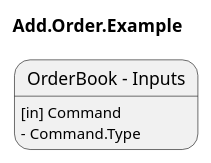
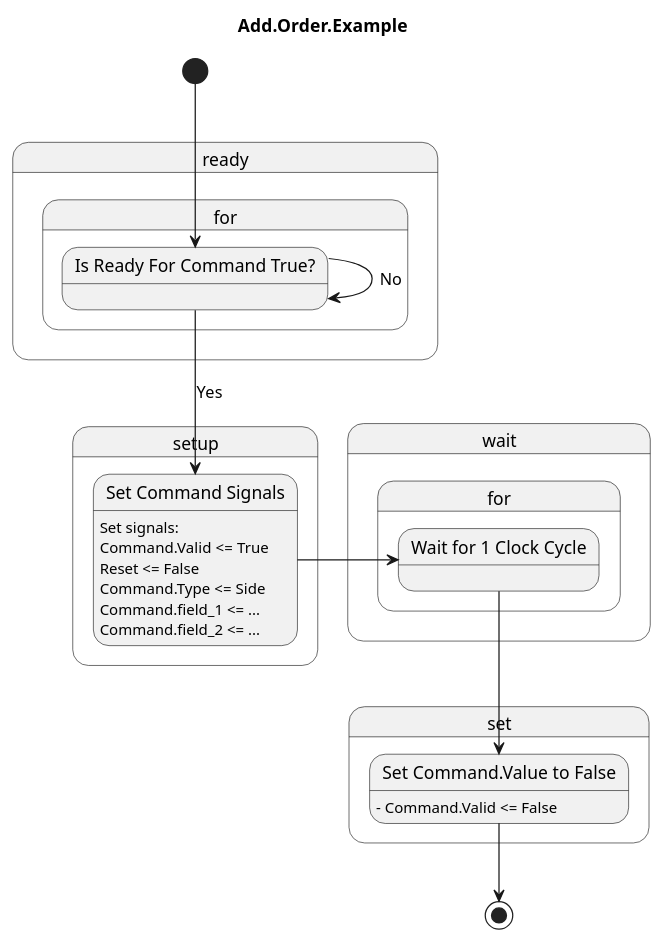
The diagram in diagrams/orderbook/Add.Order.Example.plantuml (fpganow/OrderBook), drawn with PlantUML before and after one commit. The commit also changed 13 other files, not shown here.

```diff
--- a/diagrams/orderbook/Add.Order.Example.plantuml
+++ b/diagrams/orderbook/Add.Order.Example.plantuml
@@ -1,11 +1,29 @@
 @startuml Add.Order.Example
 
 ' State Diagram
 ' https://plantuml.com/state-diagram
 ' https://plantuml.com/activity-diagram-legacy
 title Add.Order.Example
 
-state "OrderBook - Inputs" as OrderBook: [in] Command
-state "OrderBook - Inputs" as OrderBook: - Command.Type
+state "Is Ready For Command True?" as ready.for.command
+state "Set Command Signals" as setup.command
+state "Set Command Signals" as setup.command: Set signals:
+state "Set Command Signals" as setup.command: Command.Valid <= True
+state "Set Command Signals" as setup.command: Reset <= False
+state "Set Command Signals" as setup.command: Command.Type <= Side
+state "Set Command Signals" as setup.command: Command.field_1 <= ...
+state "Set Command Signals" as setup.command: Command.field_2 <= ...
+state "Wait for 1 Clock Cycle" as wait.for.1
+state "Set Command.Value to False" as set.valid: - Command.Valid <= False
+
+
+[*] --> ready.for.command
+ready.for.command --> ready.for.command : No
+ready.for.command --> setup.command : Yes
+
+setup.command -> wait.for.1
+wait.for.1 --> set.valid
+
+set.valid --> [*]
 
 @enduml
```
